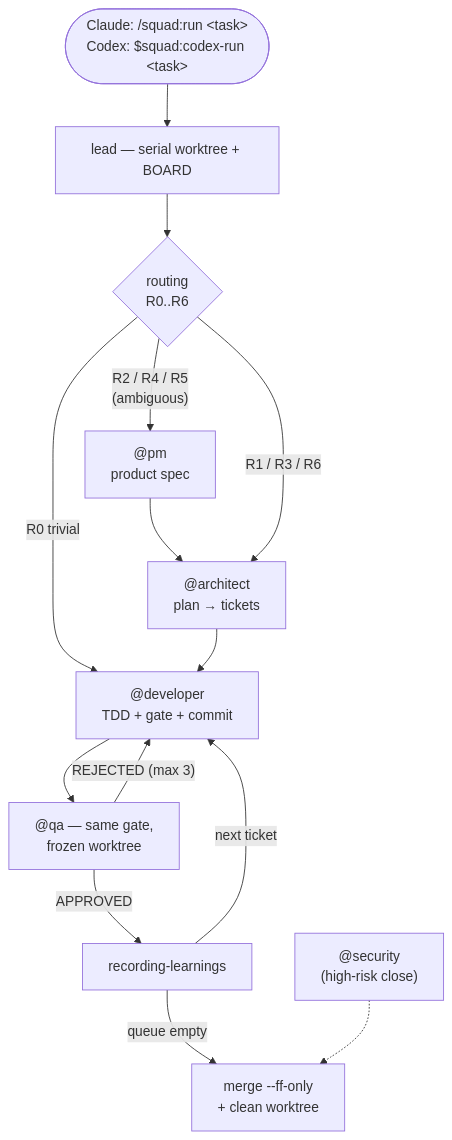
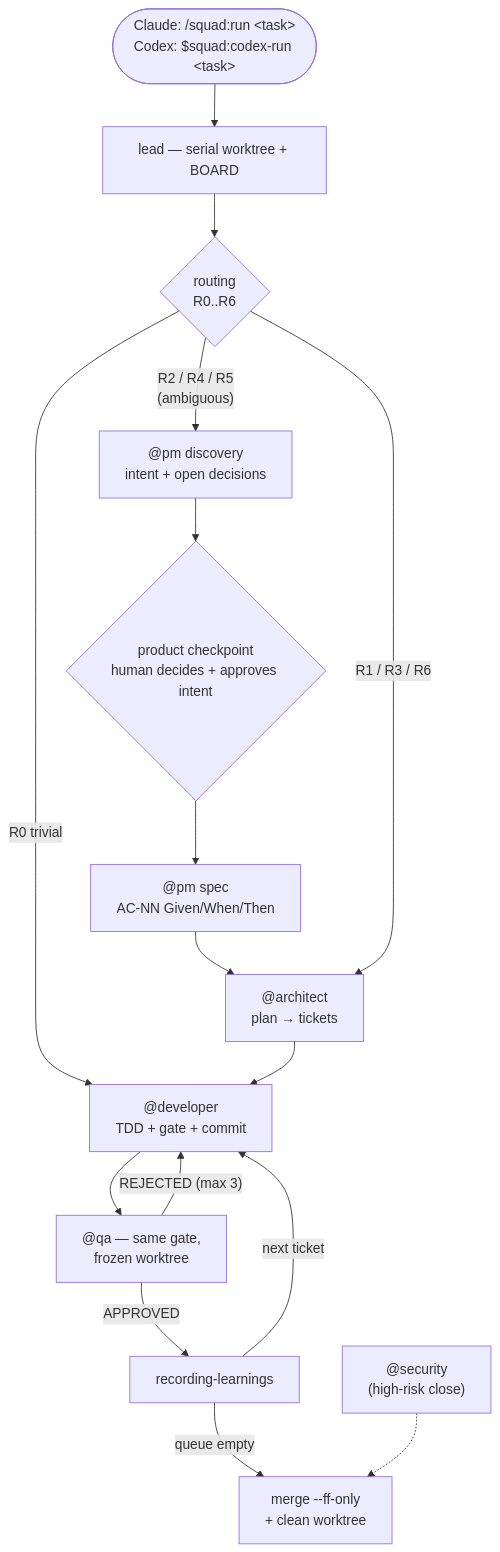
One commit to danielfarnose/claude-code-dev-loop changed the diagram in README.md. Above: the diagram before and after it, drawn with Mermaid. The commit also changed other lines of this file and 9 other files, not shown here.

Commit message:
feat(pm): discovery mode + product checkpoint before architect, AC-NN traceability to qa verdict (1.2.0)

````diff
--- a/README.md
+++ b/README.md
@@ -112,16 +112,18 @@
 ```mermaid
 flowchart TD
     T(["Claude: /squad:run &lt;task&gt;<br/>Codex: $squad:codex-run &lt;task&gt;"]) --> W["lead — serial worktree + BOARD"]
     W --> R{"routing<br/>R0..R6"}
-    R -- "R2 / R4 / R5<br/>(ambiguous)" --> PM["@pm<br/>product spec"]
-    PM --> A
+    R -- "R2 / R4 / R5<br/>(ambiguous)" --> PM["@pm discovery<br/>intent + open decisions"]
+    PM --> H{"product checkpoint<br/>human decides + approves intent"}
+    H --> PS["@pm spec<br/>AC-NN Given/When/Then"]
+    PS --> A
     R -- "R1 / R3 / R6" --> A["@architect<br/>plan → tickets"]
     R -- "R0 trivial" --> D
     A --> D["@developer<br/>TDD + gate + commit"]
     D --> Q["@qa — same gate,<br/>frozen worktree"]
     Q -- "REJECTED (max 3)" --> D
     Q -- "APPROVED" --> L["recording-learnings"]
     L -- "next ticket" --> D
     L -- "queue empty" --> M["merge --ff-only<br/>+ clean worktree"]
     S["@security<br/>(high-risk close)"] -.-> M
 ```
````
